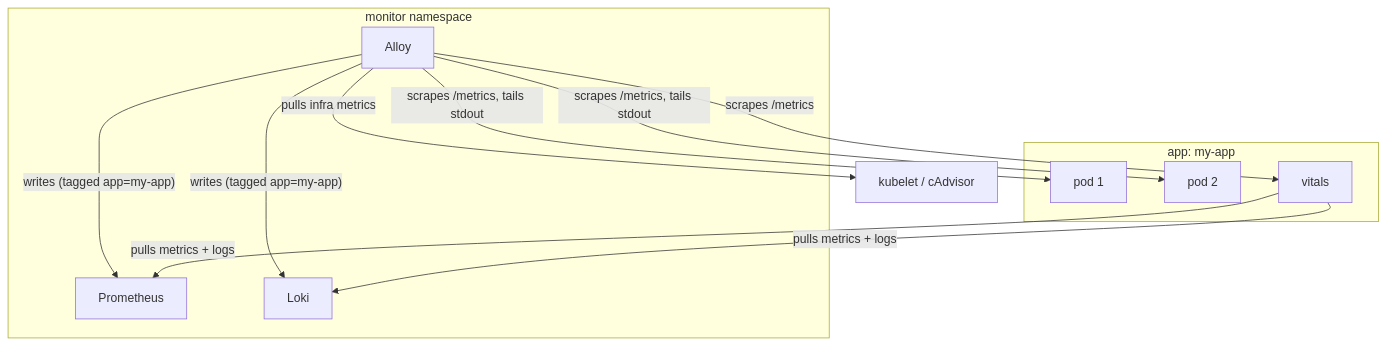
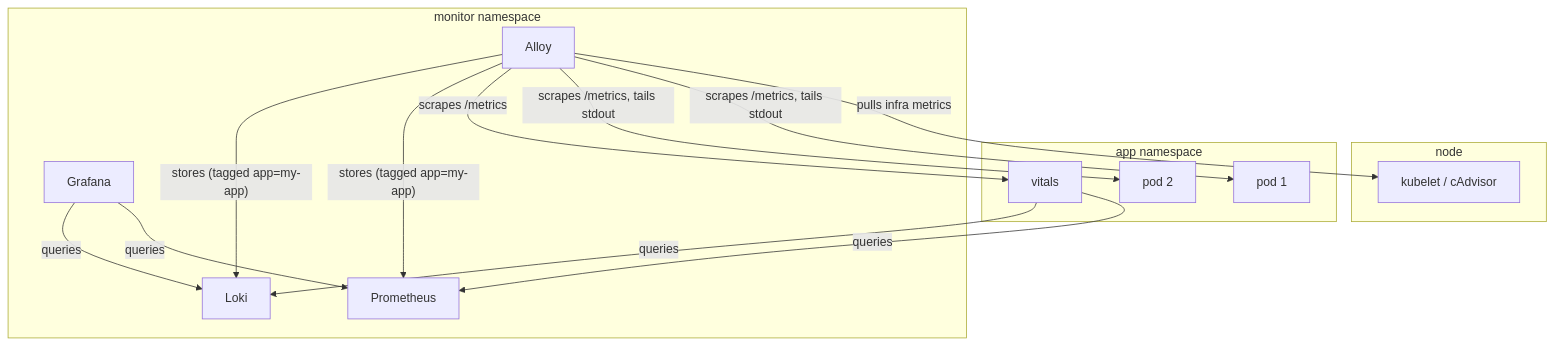
One commit to Kord96/kordinate changed the diagram in docs/infra/monitoring.md. Above: the diagram before and after it, drawn with Mermaid. The commit also changed other lines of this file, not shown here.

````diff
--- a/docs/infra/monitoring.md
+++ b/docs/infra/monitoring.md
@@ -14,20 +18,26 @@
 ```mermaid
 flowchart TB
-    subgraph app["app: my-app"]
+    subgraph node["node"]
+        KC[kubelet / cAdvisor]
+    end
+
+    subgraph appns["app namespace"]
         P1[pod 1]
         P2[pod 2]
         VIT[vitals]
     end
 
-    subgraph mon[monitor namespace]
+    subgraph mon["monitor namespace"]
         AL[Alloy]
         PR[Prometheus]
         LK[Loki]
+        GF[Grafana]
     end
 
-    AL -->|pulls infra metrics| KC[kubelet / cAdvisor]
+    AL -->|pulls infra metrics| KC
     AL -->|"scrapes /metrics, tails stdout"| P1 & P2
     AL -->|scrapes /metrics| VIT
-    AL -->|"writes (tagged app=my-app)"| PR & LK
-    VIT -->|pulls metrics + logs| PR & LK
+    AL -->|"stores (tagged app=my-app)"| PR & LK
+    VIT -->|queries| PR & LK
+    GF -->|queries| PR & LK
 ```
````
